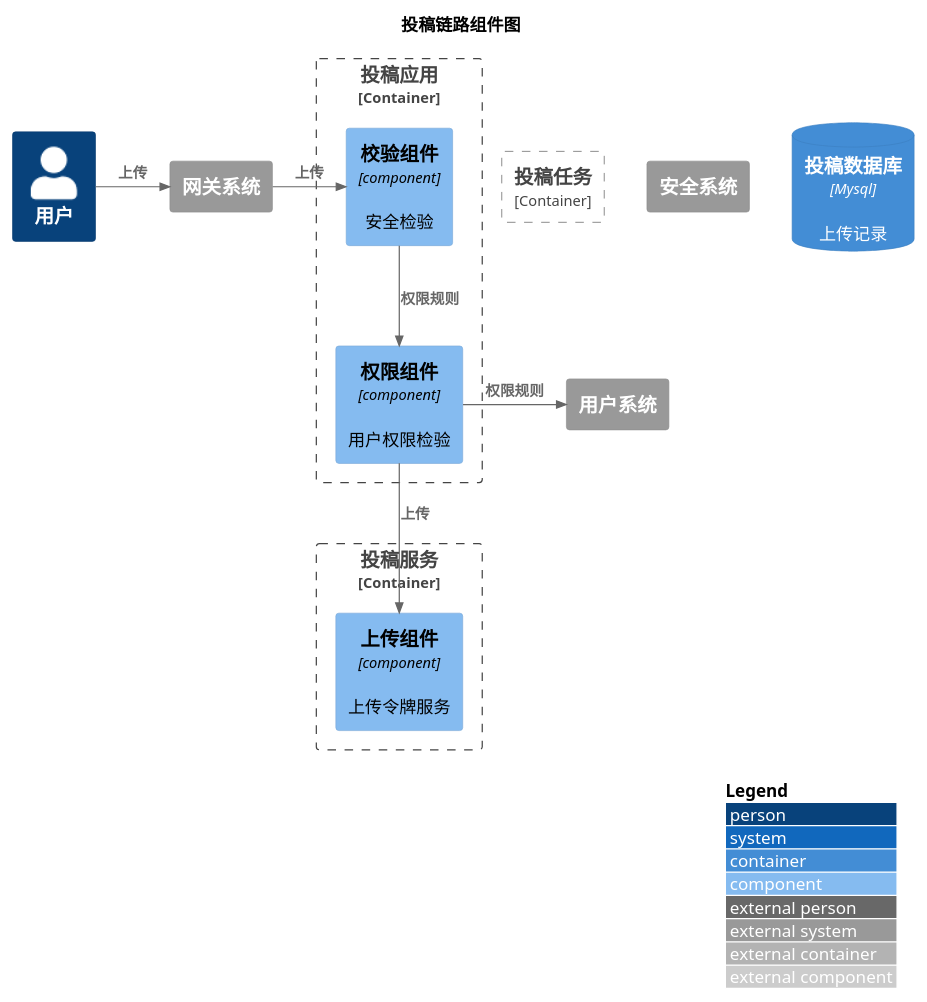
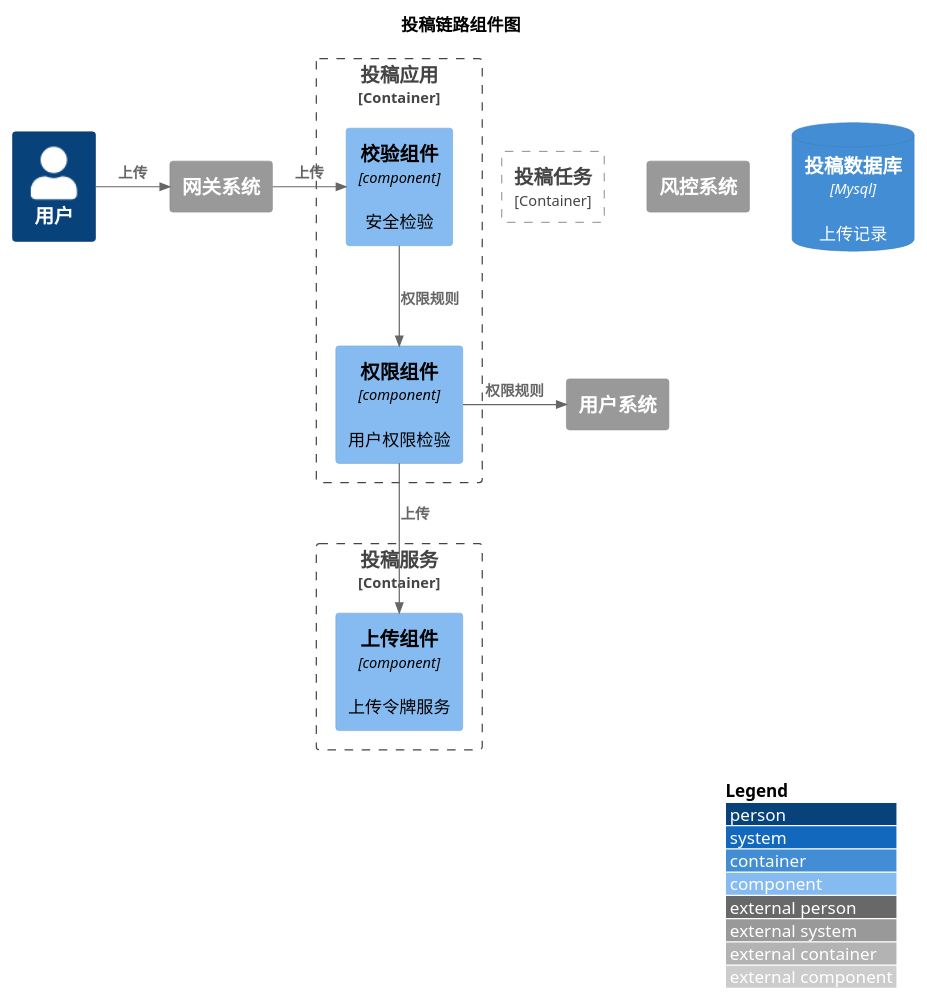
The diagram in puml/content/content/audit/component.puml (nxnnxn/community-doc), drawn with PlantUML before and after one commit. The commit also changed 11 other files, not shown here.

```diff
--- a/puml/content/content/audit/component.puml
+++ b/puml/content/content/audit/component.puml
@@ -1,43 +1,43 @@
 @startuml
 !include <C4/C4_Component>
 LAYOUT_WITH_LEGEND()
 
 title 投稿链路组件图
 
 Person(user, "用户")
 System_Ext(gateway,"网关系统")
 Rel_R(user, gateway, "上传")
 
 Container_Boundary(postFacade, "投稿应用"){
     Component(checkComponent, "校验组件", "component", "安全检验")
     Component(authComponent, "权限组件", "component", "用户权限检验")
     Rel_R(gateway, checkComponent, "上传")
     Rel(checkComponent, authComponent, "权限规则")
 }
 
 Container_Boundary(postService, "投稿服务"){
     Component(uploadComponent, "上传组件", "component", "上传令牌服务")
     Rel(authComponent, uploadComponent, "上传")
 }
 
 Container_Boundary(postJob, "投稿任务"){
 
 }
 
 
 
-System_Ext(security,"安全系统")
+System_Ext(security,"风控系统")
 System_Ext(userSystem,"用户系统")
 ContainerDb(db, "投稿数据库", "Mysql","上传记录")
 
 Rel_R(authComponent, userSystem, "权限规则")
 
 
 
 
 
 
 
 
 
 @enduml
```
